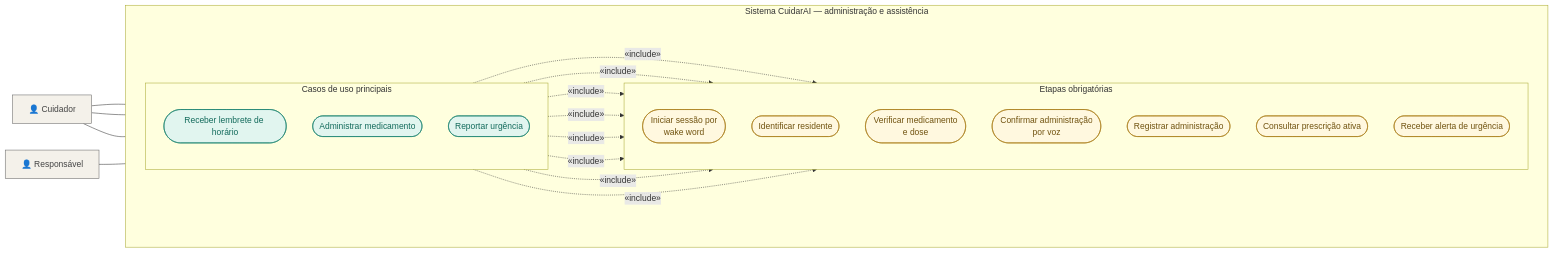
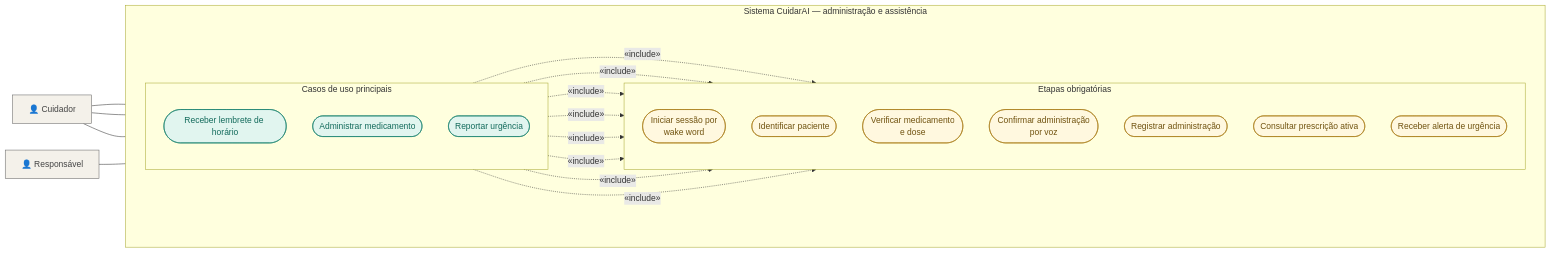
Before and after one commit to jaimejcs/CuidarAI: diagram 26 of 26 in diagramas-mermaid.md, drawn with Mermaid. The commit also changed other lines of this file and 20 other files, not shown here.

````diff
--- a/diagramas-mermaid.md
+++ b/diagramas-mermaid.md
@@ -420,45 +707,45 @@
 ```mermaid
 flowchart LR
     CUIDADOR["👤 Cuidador"]
     RESPONSAVEL["👤 Responsável"]
 
     subgraph SISTEMA["Sistema CuidarAI — administração e assistência"]
         direction LR
         subgraph PRINCIPAIS["Casos de uso principais"]
             direction TB
             UC_LEMBRETE([Receber lembrete de horário])
             UC_ADMIN([Administrar medicamento])
             UC_URG([Reportar urgência])
         end
         subgraph ETAPAS["Etapas obrigatórias"]
             direction TB
             UC_WAKE([Iniciar sessão por<br/>wake word])
-            UC_IDENT([Identificar residente])
+            UC_IDENT([Identificar paciente])
             UC_VERIF([Verificar medicamento<br/>e dose])
             UC_VOZ([Confirmar administração<br/>por voz])
             UC_REGISTRAR([Registrar administração])
             UC_CONS_PRESC([Consultar prescrição ativa])
             UC_ALERTA_URG([Receber alerta de urgência])
         end
     end
 
     CUIDADOR --- UC_LEMBRETE
     CUIDADOR --- UC_ADMIN
     CUIDADOR --- UC_URG
     RESPONSAVEL --- UC_ALERTA_URG
     UC_LEMBRETE -. "«include»" .-> UC_CONS_PRESC
     UC_ADMIN -. "«include»" .-> UC_WAKE
     UC_ADMIN -. "«include»" .-> UC_IDENT
     UC_ADMIN -. "«include»" .-> UC_VERIF
     UC_ADMIN -. "«include»" .-> UC_CONS_PRESC
     UC_ADMIN -. "«include»" .-> UC_VOZ
     UC_ADMIN -. "«include»" .-> UC_REGISTRAR
     UC_URG -. "«include»" .-> UC_ALERTA_URG
 
     classDef actor fill:#f4f1ea,stroke:#666,color:#444,stroke-width:1px;
     classDef care fill:#e1f5ef,stroke:#15806d,color:#126a5b;
     classDef support fill:#fff8df,stroke:#a77a16,color:#70520f;
     class CUIDADOR,RESPONSAVEL actor;
     class UC_LEMBRETE,UC_ADMIN,UC_URG care;
     class UC_WAKE,UC_IDENT,UC_VERIF,UC_VOZ,UC_REGISTRAR,UC_CONS_PRESC,UC_ALERTA_URG support;
 ```
````
